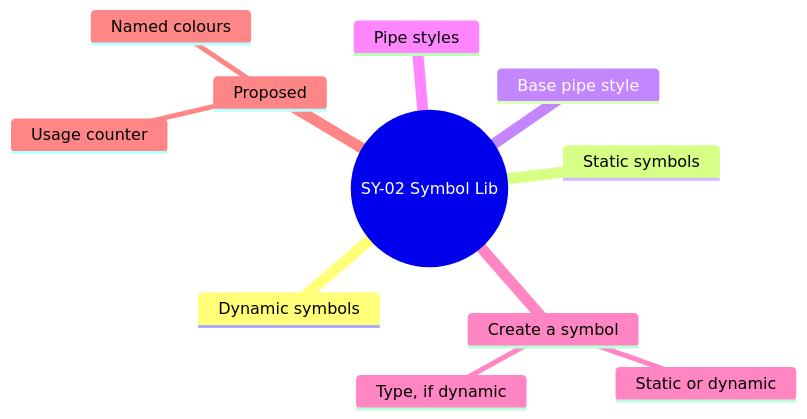
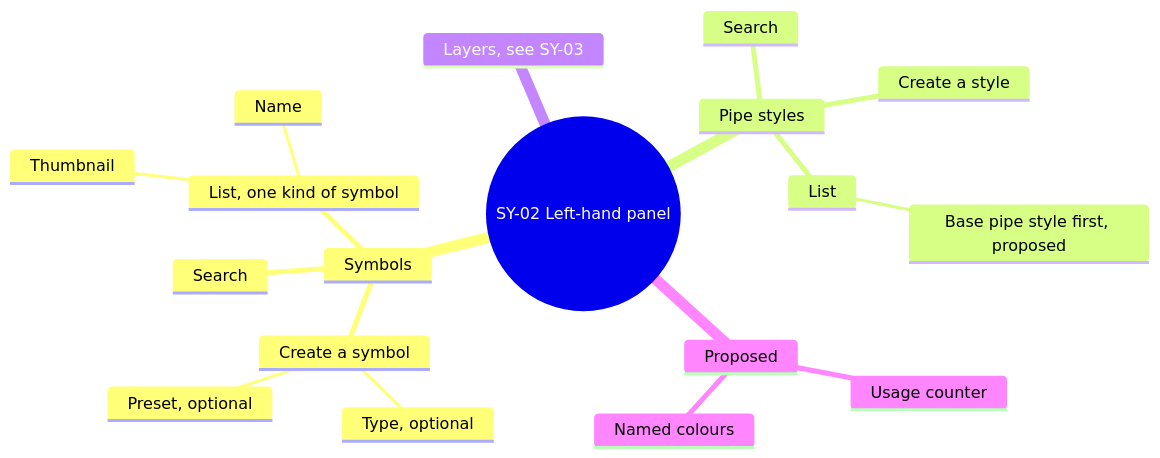
One commit to AlexandreGallais/synoptic-studio-spec changed the third of 13 diagrams in screens/symbols.md. Above: the diagram before and after it, drawn with Mermaid. The commit also changed other lines of this file and 23 other files, not shown here.

First line of the commit message:
docs(symbols): apply the review of the symbol editor layout

````diff
--- a/screens/symbols.md
+++ b/screens/symbols.md
@@ -40,14 +48,21 @@
 ```mermaid
 mindmap
-  root((SY-02 Symbol Lib))
-    Dynamic symbols
-    Static symbols
-    Base pipe style
+  root((SY-02 Left-hand panel))
+    Symbols
+      Search
+      Create a symbol
+        Type, optional
+        Preset, optional
+      List, one kind of symbol
+        Thumbnail
+        Name
     Pipe styles
-    Create a symbol
-      Static or dynamic
-      Type, if dynamic
+      Search
+      Create a style
+      List
+        Base pipe style first, proposed
+    Layers, see SY-03
     Proposed
       Usage counter
       Named colours
 ```
````
